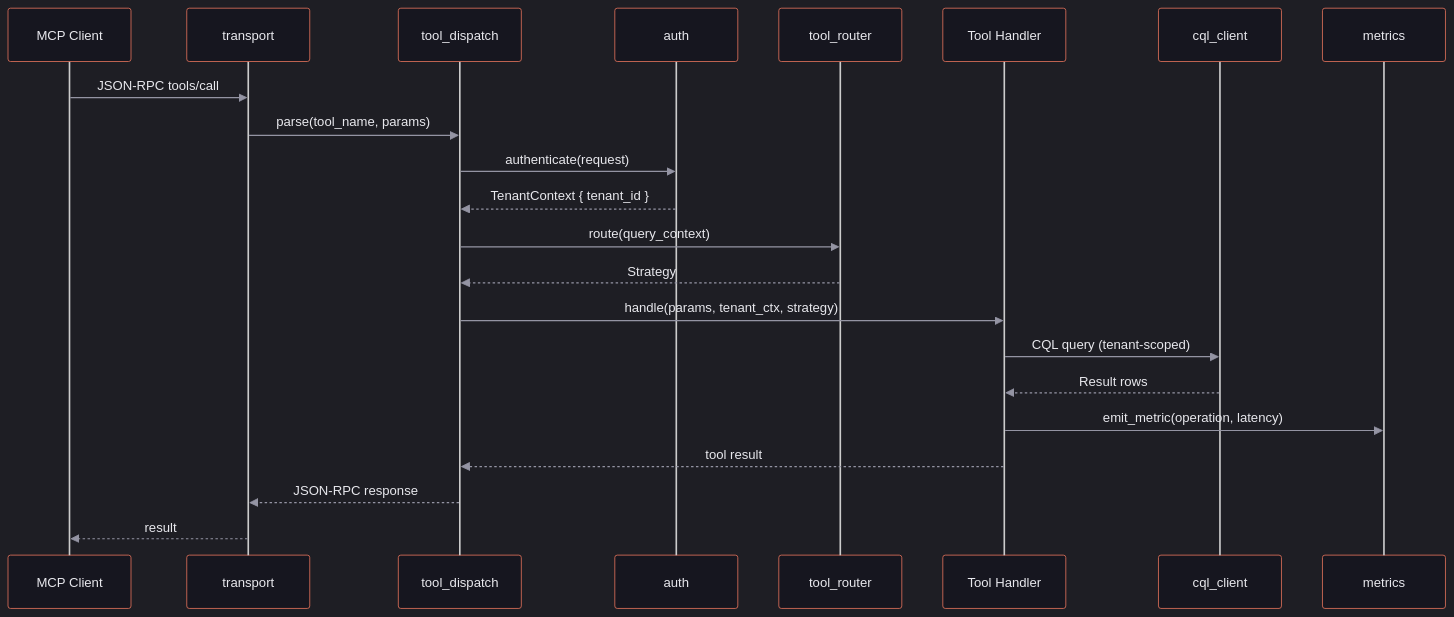
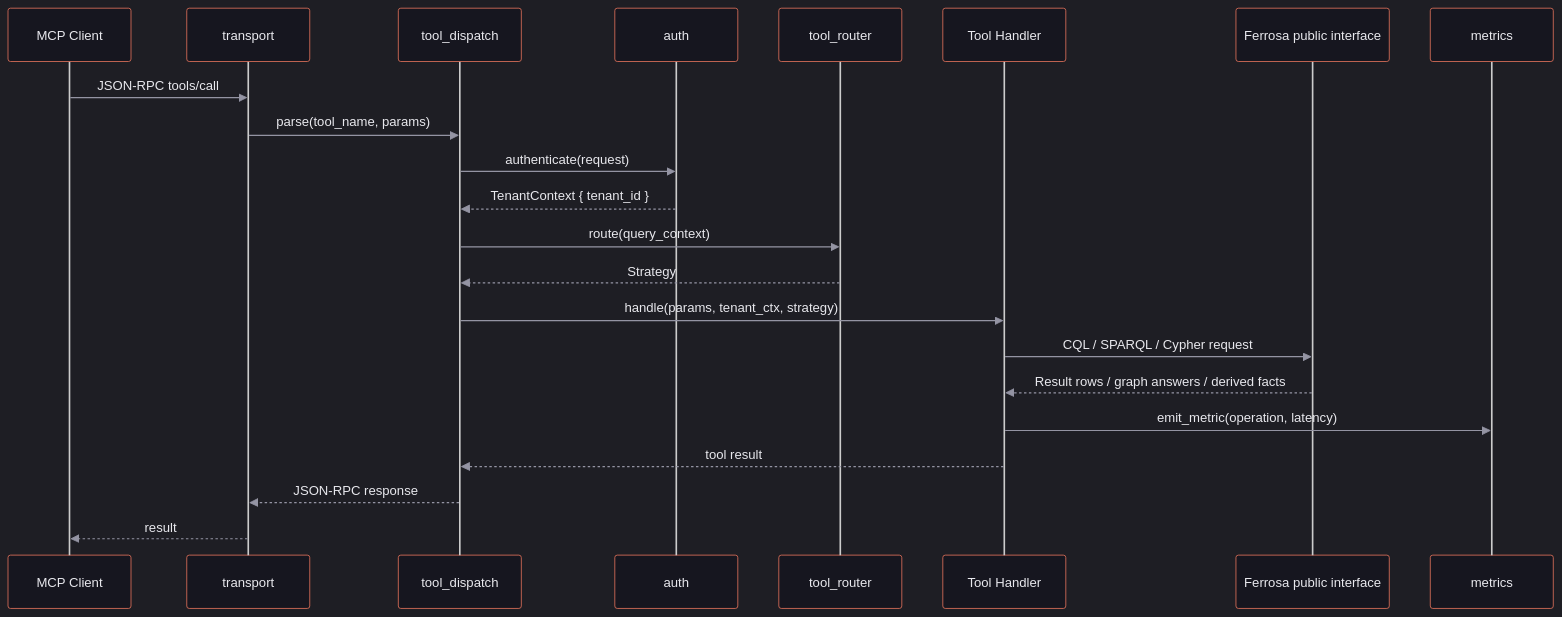
The first of 13 diagrams in specs/data-flow.md (ferrosadb/ferrosa-memory), drawn with Mermaid before and after one commit. The commit also changed other lines of this file and 153 other files, not shown here.

````diff
--- a/specs/data-flow.md
+++ b/specs/data-flow.md
@@ -7,26 +16,26 @@
 ```mermaid
 %%{init: {'theme':'dark','themeVariables':{'actorBkg':'#16161f','actorTextColor':'#e8e8ed','actorBorder':'#e2725b','signalColor':'#9494a3','signalTextColor':'#e8e8ed','labelBoxBkgColor':'#16161f','labelBoxBorderColor':'#e2725b','labelTextColor':'#e8e8ed','loopTextColor':'#e8e8ed','noteBkgColor':'#1c1c28','noteBorderColor':'#d4a574','noteTextColor':'#e8e8ed','activationBkgColor':'#1c1c28','activationBorderColor':'#e2725b'}}}%%
 sequenceDiagram
     participant C as MCP Client
     participant T as transport
     participant D as tool_dispatch
     participant A as auth
     participant R as tool_router
     participant H as Tool Handler
-    participant S as cql_client
+    participant F as Ferrosa public interface
     participant M as metrics
 
     C->>T: JSON-RPC tools/call
     T->>D: parse(tool_name, params)
     D->>A: authenticate(request)
     A-->>D: TenantContext { tenant_id }
     D->>R: route(query_context)
     R-->>D: Strategy
     D->>H: handle(params, tenant_ctx, strategy)
-    H->>S: CQL query (tenant-scoped)
-    S-->>H: Result rows
+    H->>F: CQL / SPARQL / Cypher request
+    F-->>H: Result rows / graph answers / derived facts
     H->>M: emit_metric(operation, latency)
     H-->>D: tool result
     D-->>T: JSON-RPC response
     T-->>C: result
 ```
````
